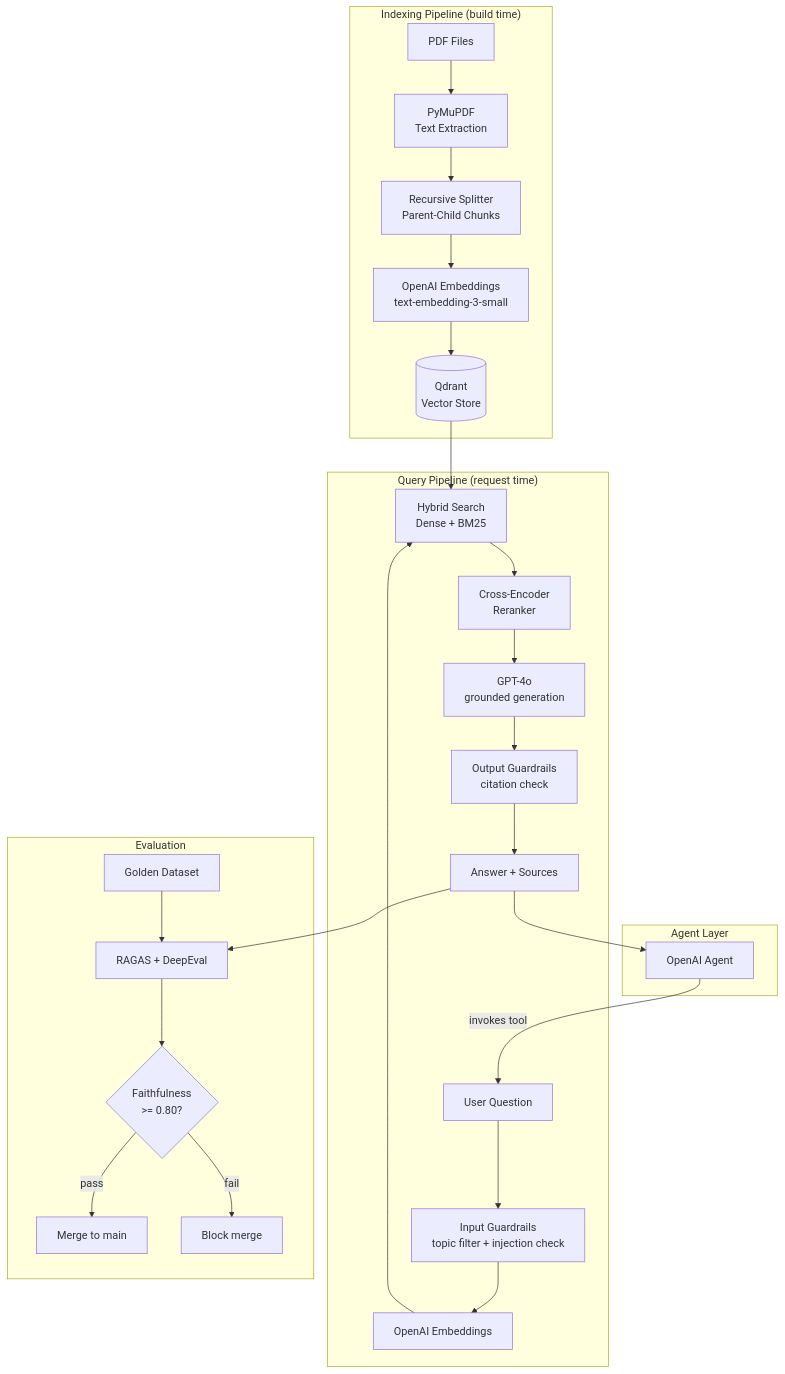
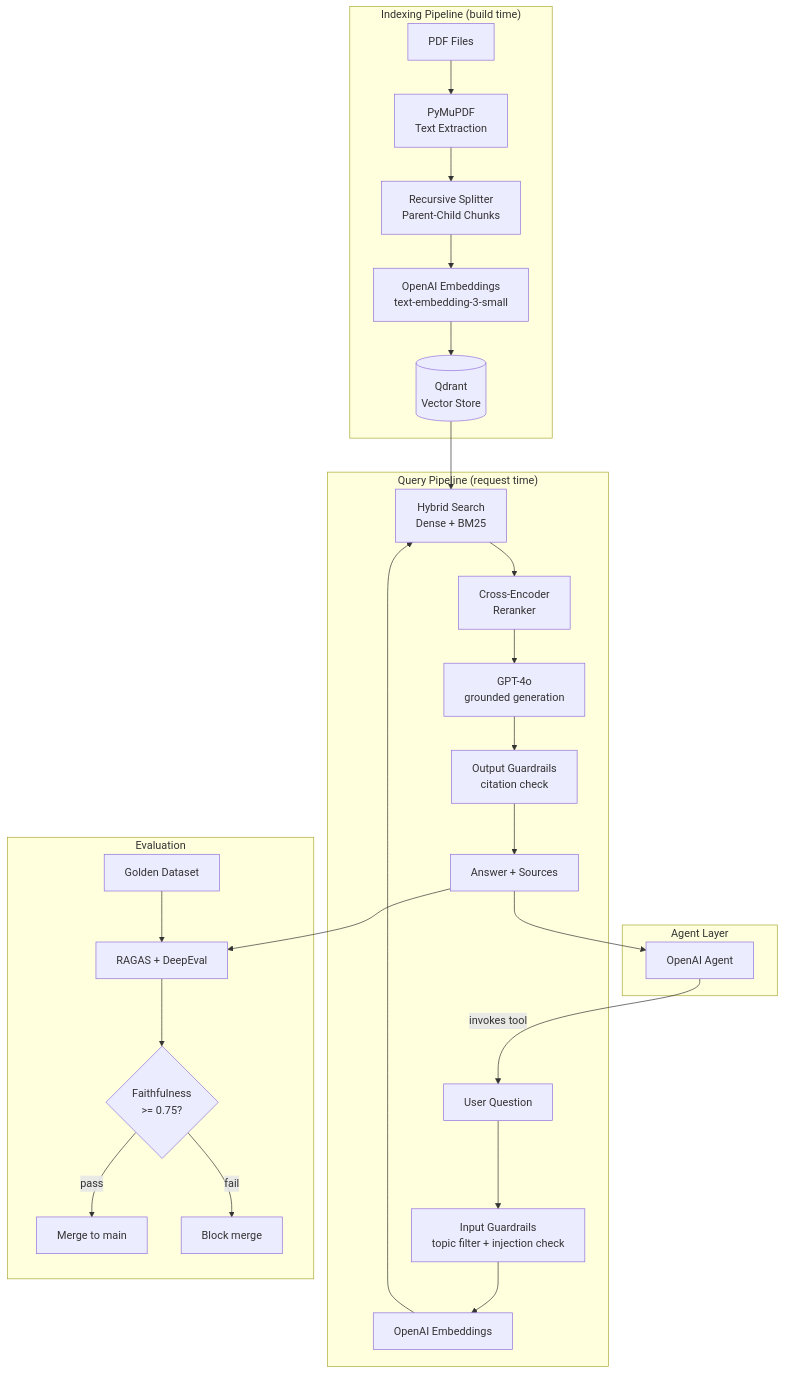
The diagram in README.md (shalabhsuman/helix-rag), drawn with Mermaid before and after one commit. The commit also changed other lines of this file and 1 other file, not shown here.

````diff
--- a/README.md
+++ b/README.md
@@ -530,33 +595,33 @@
 ```mermaid
 flowchart TD
     subgraph Ingest["Indexing Pipeline (build time)"]
         A[PDF Files] --> B[PyMuPDF\nText Extraction]
         B --> C[Recursive Splitter\nParent-Child Chunks]
         C --> D[OpenAI Embeddings\ntext-embedding-3-small]
         D --> E[(Qdrant\nVector Store)]
     end
 
     subgraph Query["Query Pipeline (request time)"]
         F[User Question] --> G[Input Guardrails\ntopic filter + injection check]
         G --> H[OpenAI Embeddings]
         H --> I[Hybrid Search\nDense + BM25]
         E --> I
         I --> J[Cross-Encoder\nReranker]
         J --> K[GPT-4o\ngrounded generation]
         K --> L[Output Guardrails\ncitation check]
         L --> M[Answer + Sources]
     end
 
     subgraph AgentLayer["Agent Layer"]
         N[OpenAI Agent] -->|invokes tool| F
         M --> N
     end
 
     subgraph Eval["Evaluation"]
         O[Golden Dataset] --> P[RAGAS + DeepEval]
         M --> P
-        P --> Q{Faithfulness\n>= 0.80?}
+        P --> Q{Faithfulness\n>= 0.75?}
         Q -->|pass| R[Merge to main]
         Q -->|fail| S[Block merge]
     end
 ```
````
